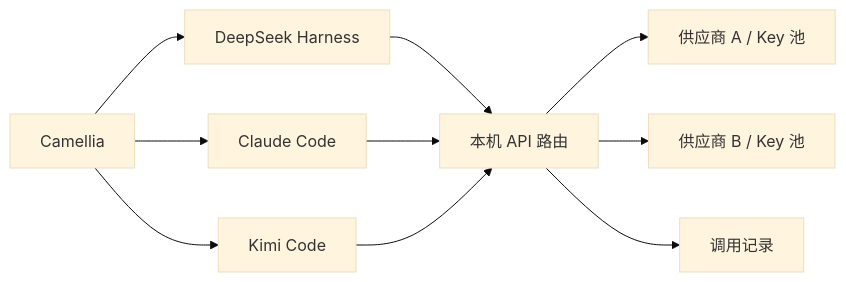
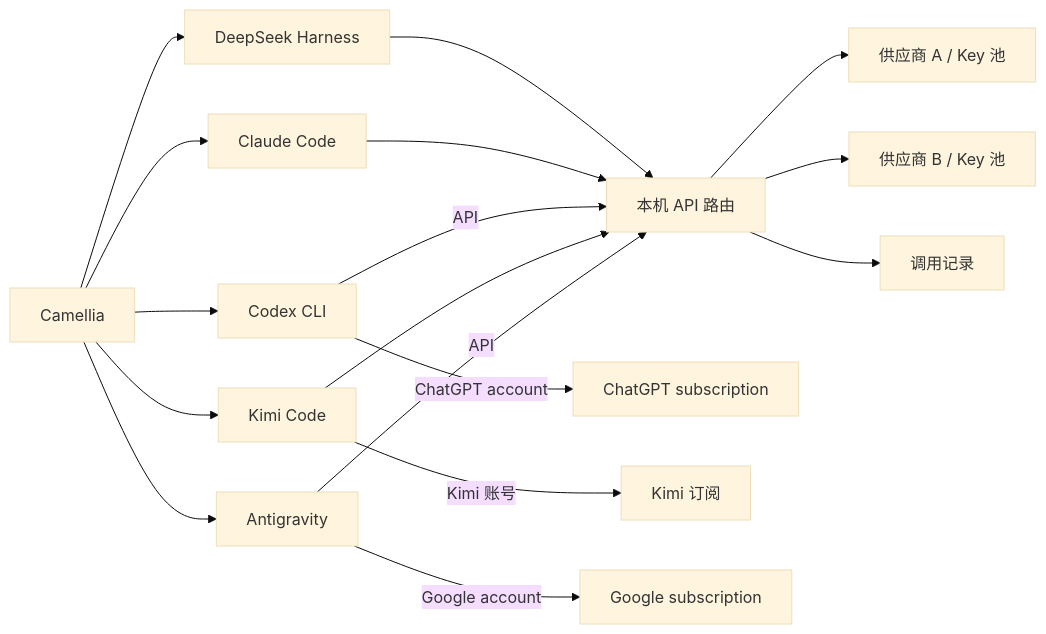
The diagram in README.zh-CN.md (chengwang96/Camellia), drawn with Mermaid (base theme) before and after one commit. The commit also changed other lines of this file and 188 other files, not shown here.

Commit message:
feat: add Codex, Antigravity and shared conversations

````diff
--- a/README.zh-CN.md
+++ b/README.zh-CN.md
@@ -73,12 +155,19 @@
 ```mermaid
 flowchart LR
-    UI[Camellia] --> DSH[DeepSeek Harness]
-    UI --> Claude[Claude Code]
+    UI[Camellia] --> Claude[Claude Code]
+    UI --> Codex[Codex CLI]
+    UI --> DSH[DeepSeek Harness]
     UI --> Kimi[Kimi Code]
+    UI --> Antigravity[Antigravity]
     DSH --> Router[本机 API 路由]
     Claude --> Router
+    Codex -->|API| Router
+    Codex -->|ChatGPT account| ChatGPT[ChatGPT subscription]
     Kimi --> Router
+    Kimi -->|Kimi 账号| KimiAccount[Kimi 订阅]
+    Antigravity -->|API| Router
+    Antigravity -->|Google account| Google[Google subscription]
     Router --> A[供应商 A / Key 池]
     Router --> B[供应商 B / Key 池]
     Router --> Usage[调用记录]
 ```
````
